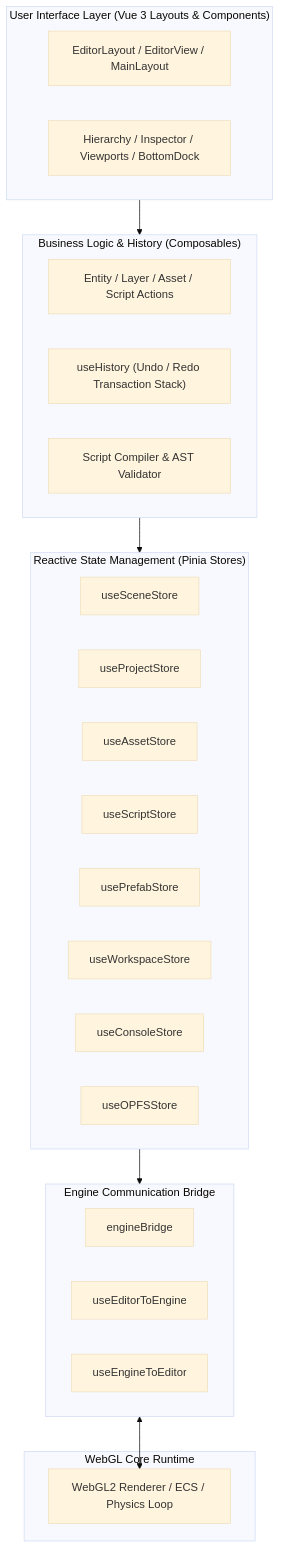
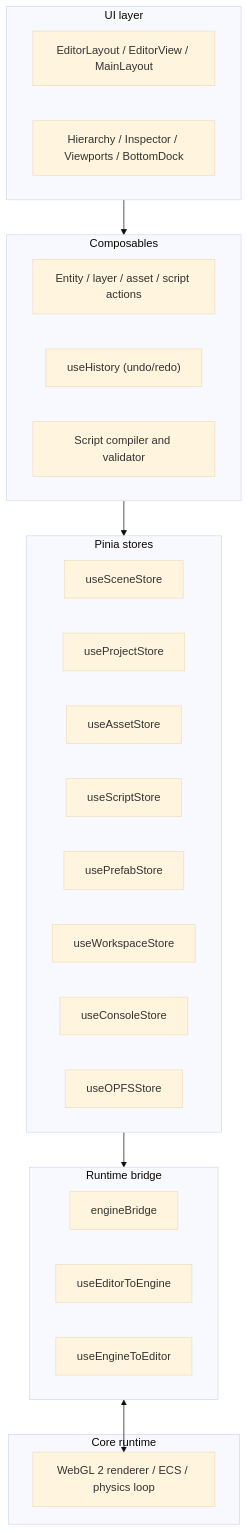
Before and after one commit to haikal-adnan/lupis-engine: the first of 2 diagrams in docs/editor-reference.md, drawn with Mermaid (base theme). The commit also changed other lines of this file and 167 other files, not shown here.

Commit message:
New Schema

````diff
--- a/docs/editor-reference.md
+++ b/docs/editor-reference.md
@@ -11,39 +9,39 @@
 ```mermaid
 flowchart TD
-    subgraph UI ["User Interface Layer (Vue 3 Layouts & Components)"]
+    subgraph UI ["UI layer"]
         Layouts["EditorLayout / EditorView / MainLayout"]
         Panels["Hierarchy / Inspector / Viewports / BottomDock"]
     end
 
-    subgraph State ["Reactive State Management (Pinia Stores)"]
+    subgraph State ["Pinia stores"]
         SceneStore["useSceneStore"]
         ProjectStore["useProjectStore"]
         AssetStore["useAssetStore"]
         ScriptStore["useScriptStore"]
         PrefabStore["usePrefabStore"]
         WorkspaceStore["useWorkspaceStore"]
         ConsoleStore["useConsoleStore"]
         OPFSStore["useOPFSStore"]
     end
 
-    subgraph Logic ["Business Logic & History (Composables)"]
-        Actions["Entity / Layer / Asset / Script Actions"]
-        History["useHistory (Undo / Redo Transaction Stack)"]
-        Compiler["Script Compiler & AST Validator"]
+    subgraph Logic ["Composables"]
+        Actions["Entity / layer / asset / script actions"]
+        History["useHistory (undo/redo)"]
+        Compiler["Script compiler and validator"]
     end
 
-    subgraph Bridge ["Engine Communication Bridge"]
+    subgraph Bridge ["Runtime bridge"]
         EngineBridge["engineBridge"]
         EditorToEngine["useEditorToEngine"]
         EngineToEditor["useEngineToEditor"]
     end
 
-    subgraph Engine ["WebGL Core Runtime"]
-        CoreRuntime["WebGL2 Renderer / ECS / Physics Loop"]
+    subgraph Engine ["Core runtime"]
+        CoreRuntime["WebGL 2 renderer / ECS / physics loop"]
     end
 
     UI --> Logic
     Logic --> State
     State --> Bridge
     Bridge <--> CoreRuntime
 ```
````
